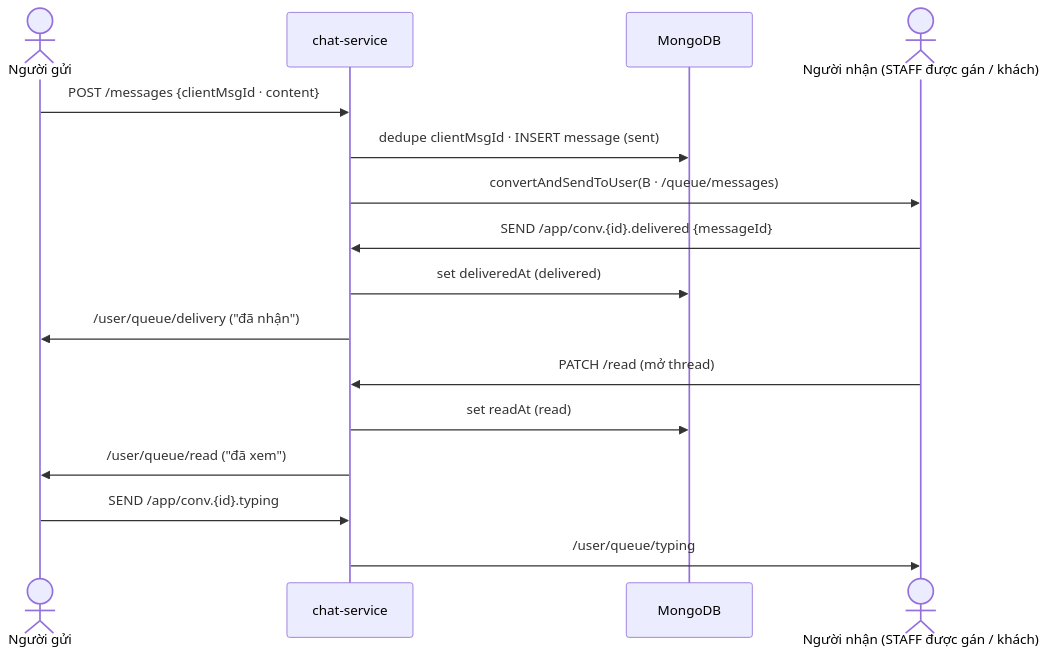
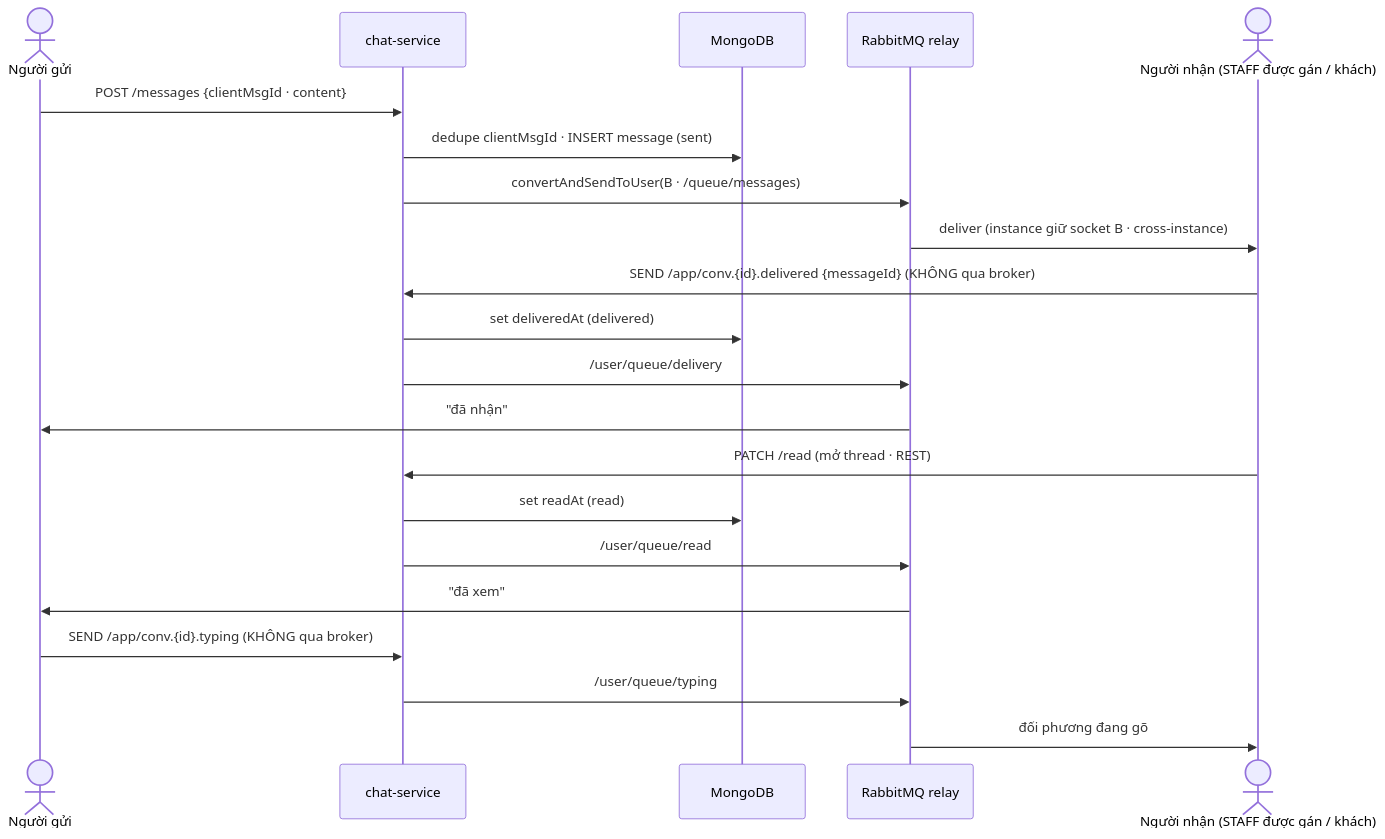
The third of 6 diagrams in UC_Chatting.md (phucgigital03/BadmintonHub), drawn with Mermaid before and after one commit. The commit also changed other lines of this file and 1 other file, not shown here.

````diff
--- a/UC_Chatting.md
+++ b/UC_Chatting.md
@@ -250,19 +211,24 @@
 ```mermaid
 sequenceDiagram
     actor A as Người gửi
     participant CH as chat-service
     participant DB as MongoDB
+    participant MQ as RabbitMQ relay
     actor B as Người nhận (STAFF được gán / khách)
 
     A->>CH: POST /messages {clientMsgId · content}
     CH->>DB: dedupe clientMsgId · INSERT message (sent)
-    CH->>B: convertAndSendToUser(B · /queue/messages)
-    B->>CH: SEND /app/conv.{id}.delivered {messageId}
+    CH->>MQ: convertAndSendToUser(B · /queue/messages)
+    MQ->>B: deliver (instance giữ socket B · cross-instance)
+    B->>CH: SEND /app/conv.{id}.delivered {messageId} (KHÔNG qua broker)
     CH->>DB: set deliveredAt (delivered)
-    CH->>A: /user/queue/delivery ("đã nhận")
-    B->>CH: PATCH /read (mở thread)
+    CH->>MQ: /user/queue/delivery
+    MQ->>A: "đã nhận"
+    B->>CH: PATCH /read (mở thread · REST)
     CH->>DB: set readAt (read)
-    CH->>A: /user/queue/read ("đã xem")
-    A->>CH: SEND /app/conv.{id}.typing
-    CH->>B: /user/queue/typing
+    CH->>MQ: /user/queue/read
+    MQ->>A: "đã xem"
+    A->>CH: SEND /app/conv.{id}.typing (KHÔNG qua broker)
+    CH->>MQ: /user/queue/typing
+    MQ->>B: đối phương đang gõ
 ```
````
